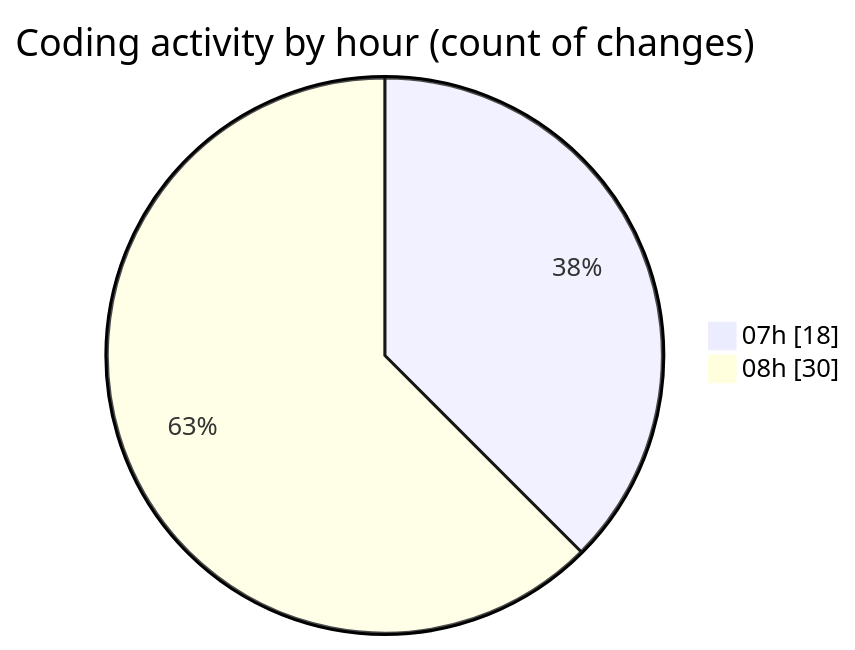
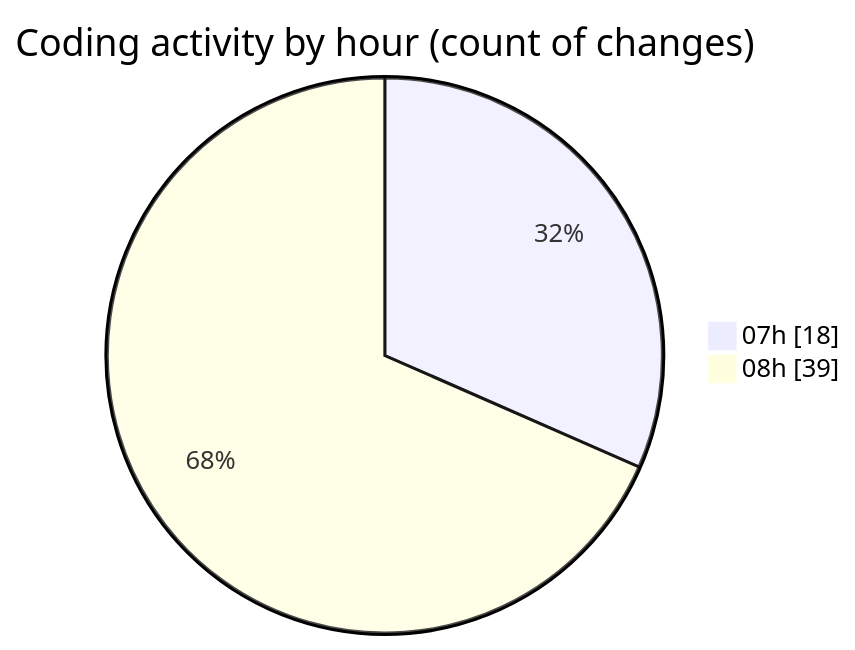
One commit to momahboobian/code-tracking changed the second of 2 diagrams in 2026-08-21/cda/README.md. Above: the diagram before and after it, drawn with Mermaid. The commit also changed other lines of this file and 1 other file, not shown here.

````diff
--- a/2026-08-21/cda/README.md
+++ b/2026-08-21/cda/README.md
@@ -44,6 +45,6 @@
 ```mermaid
 pie showData
 title Coding activity by hour (count of changes)
 "07h" : 18
-"08h" : 30
+"08h" : 39
 ```
````
